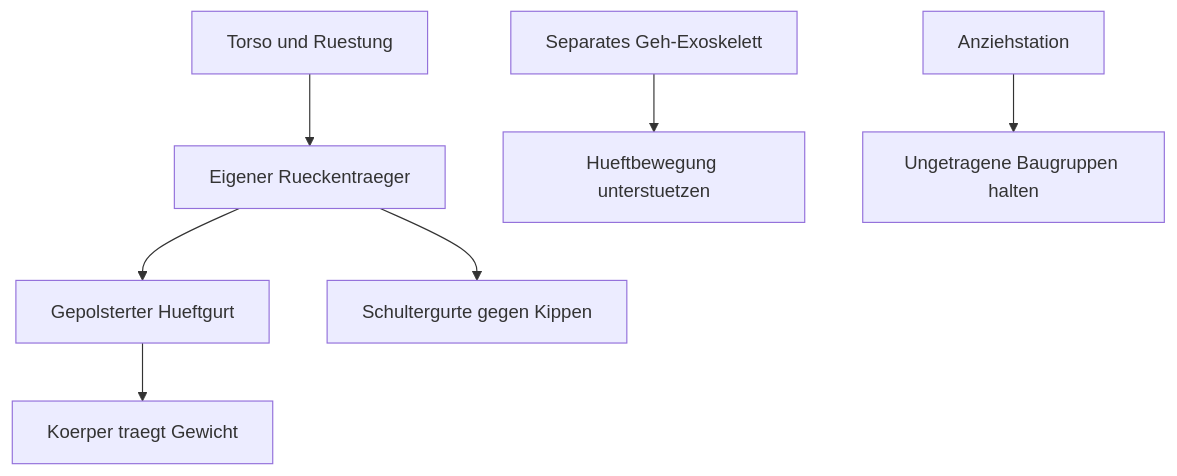
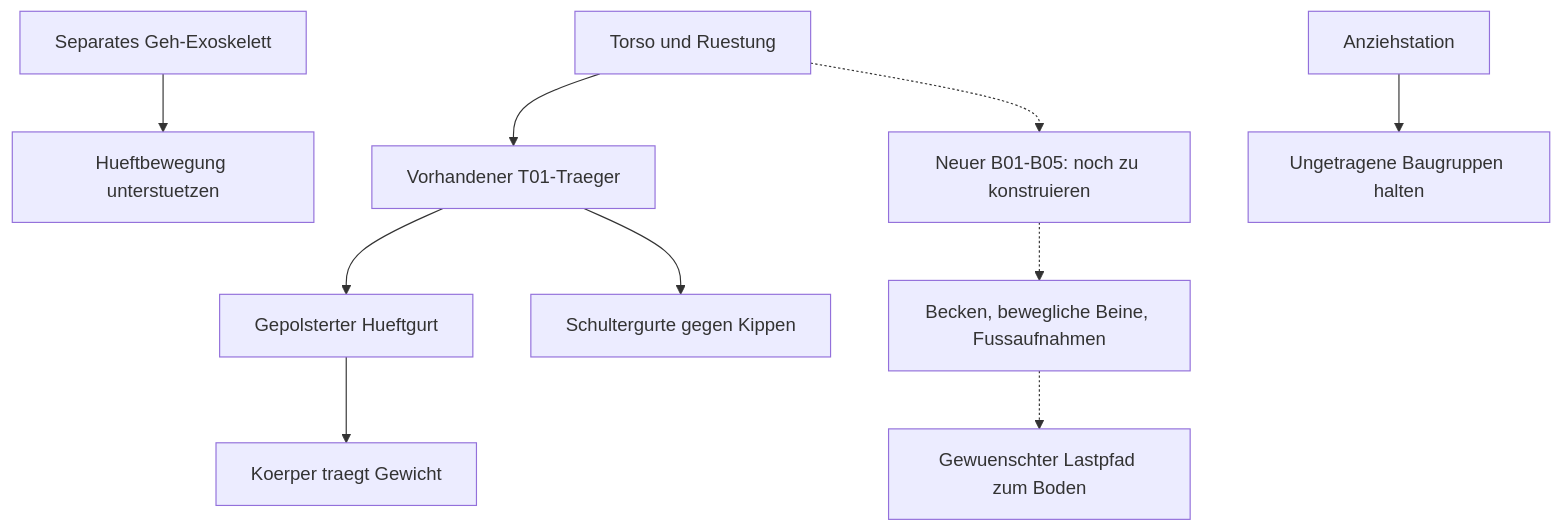
Before and after one commit to Huskynarr/HaloCosplay: the diagram in Documentation/Guides/Mjolnir-Systementwurf.md, drawn with Mermaid. The commit also changed other lines of this file and 30 other files, not shown here.

````diff
--- a/Documentation/Guides/Mjolnir-Systementwurf.md
+++ b/Documentation/Guides/Mjolnir-Systementwurf.md
@@ -62,9 +70,12 @@
 ```mermaid
 flowchart TD
-    A["Torso und Ruestung"] --> B["Eigener Rueckentraeger"]
+    A["Torso und Ruestung"] --> B["Vorhandener T01-Traeger"]
     B --> C["Gepolsterter Hueftgurt"]
     B --> D["Schultergurte gegen Kippen"]
     C --> E["Koerper traegt Gewicht"]
     F["Separates Geh-Exoskelett"] --> G["Hueftbewegung unterstuetzen"]
     H["Anziehstation"] --> I["Ungetragene Baugruppen halten"]
+    A -.-> J["Neuer B01-B05: noch zu konstruieren"]
+    J -.-> K["Becken, bewegliche Beine, Fussaufnahmen"]
+    K -.-> L["Gewuenschter Lastpfad zum Boden"]
 ```
````
